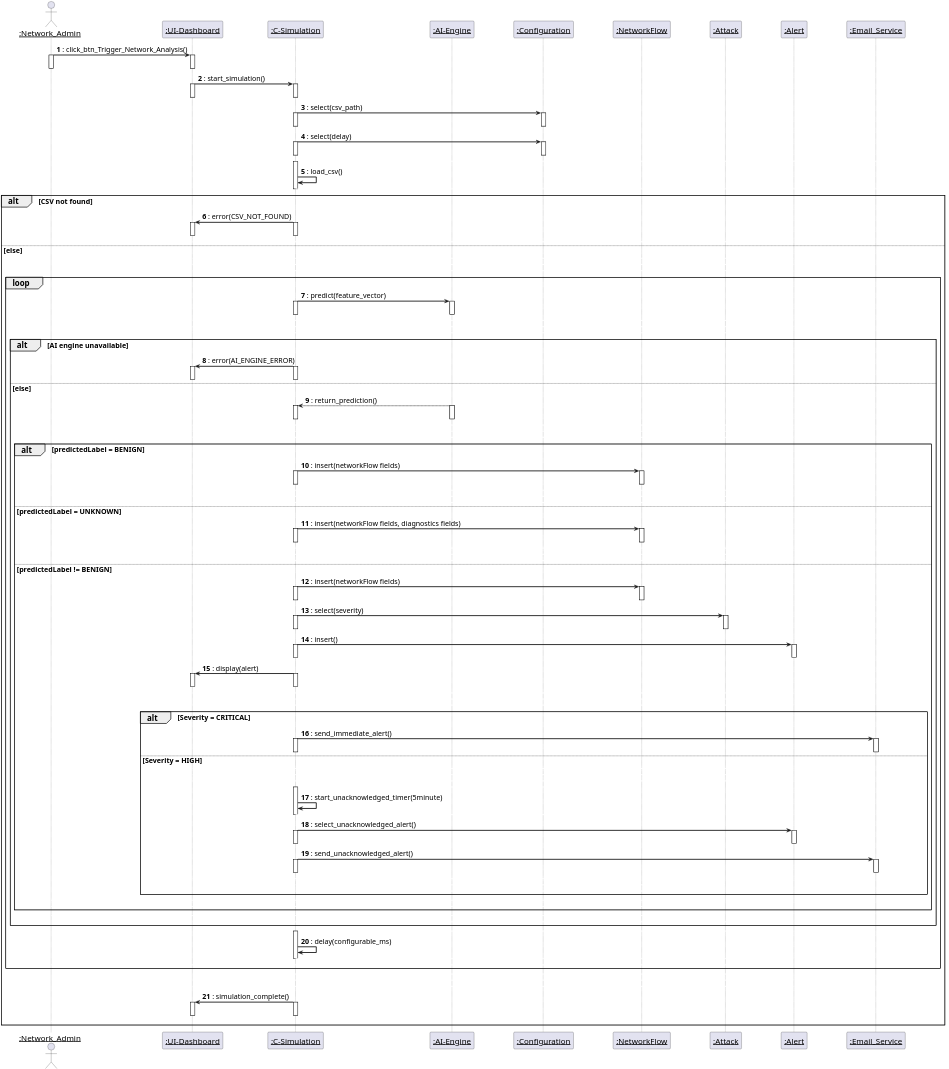
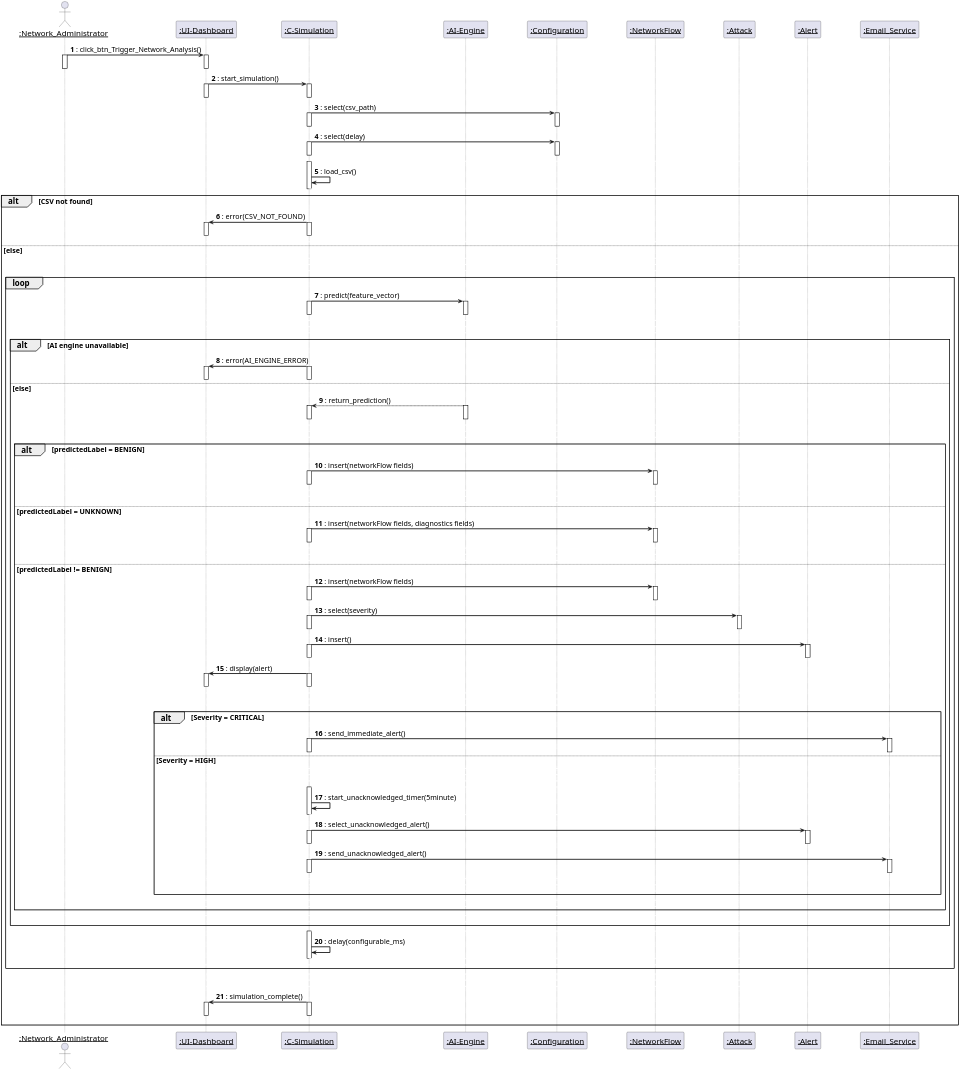
The diagram in diagrams/code/SeqD_trigger_network_analysis.puml (Amira-BOUAFIF/pfe-nids-report), drawn with PlantUML before and after one commit. The commit also changed 17 other files, not shown here.

Commit message:
update cropped diagrams + fig + seq diagrams+ chapter3 intro

```diff
--- a/diagrams/code/SeqD_trigger_network_analysis.puml
+++ b/diagrams/code/SeqD_trigger_network_analysis.puml
@@ -19,7 +19,7 @@
 scale 4
 
 
-actor ":Network_Admin" as Admin
+actor ":Network_Administrator" as Admin
 participant ":UI-Dashboard" as UI
 participant ":C-Simulation" as Sim
 participant ":AI-Engine" as AI
```
